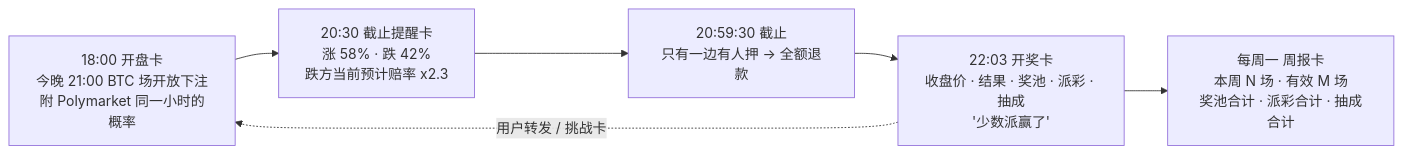
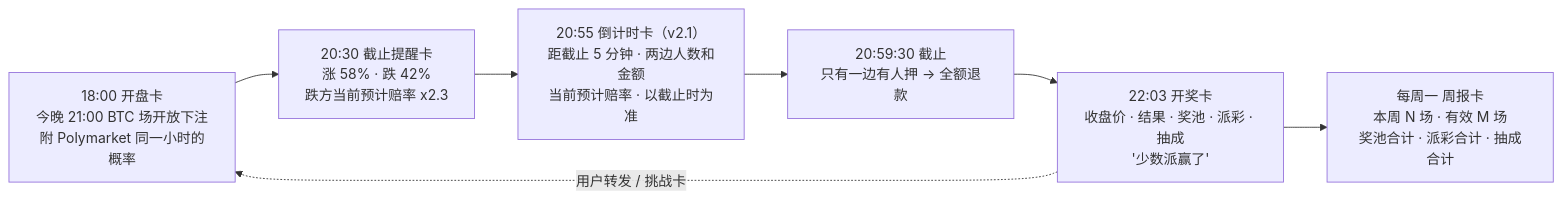
Before and after one commit to dollar3651314/forecast: the third of 6 diagrams in 市场/v1-市场调研与推广策略.md, drawn with Mermaid. The commit also changed other lines of this file and 1 other file, not shown here.

````diff
--- a/市场/v1-市场调研与推广策略.md
+++ b/市场/v1-市场调研与推广策略.md
@@ -256,8 +290,9 @@
 ```mermaid
 flowchart LR
     A["18:00 开盘卡<br/>今晚 21:00 BTC 场开放下注<br/>附 Polymarket 同一小时的概率"] --> B["20:30 截止提醒卡<br/>涨 58% · 跌 42%<br/>跌方当前预计赔率 x2.3"]
-    B --> C["20:59:30 截止<br/>只有一边有人押 → 全额退款"]
+    B --> B2["20:55 倒计时卡（v2.1）<br/>距截止 5 分钟 · 两边人数和金额<br/>当前预计赔率 · 以截止时为准"]
+    B2 --> C["20:59:30 截止<br/>只有一边有人押 → 全额退款"]
     C --> D["22:03 开奖卡<br/>收盘价 · 结果 · 奖池 · 派彩 · 抽成<br/>'少数派赢了'"]
     D --> E["每周一 周报卡<br/>本周 N 场 · 有效 M 场<br/>奖池合计 · 派彩合计 · 抽成合计"]
     D -.->|"用户转发 / 挑战卡"| A
 ```
````
